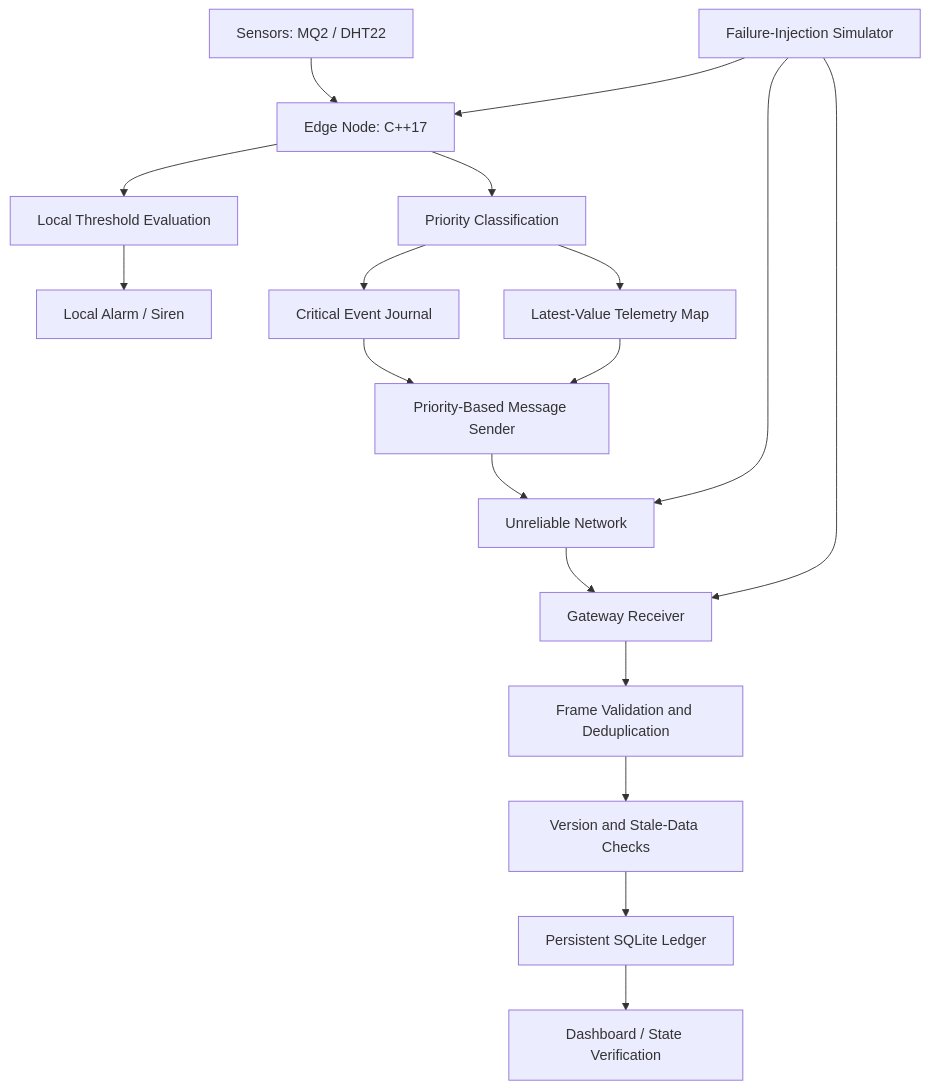
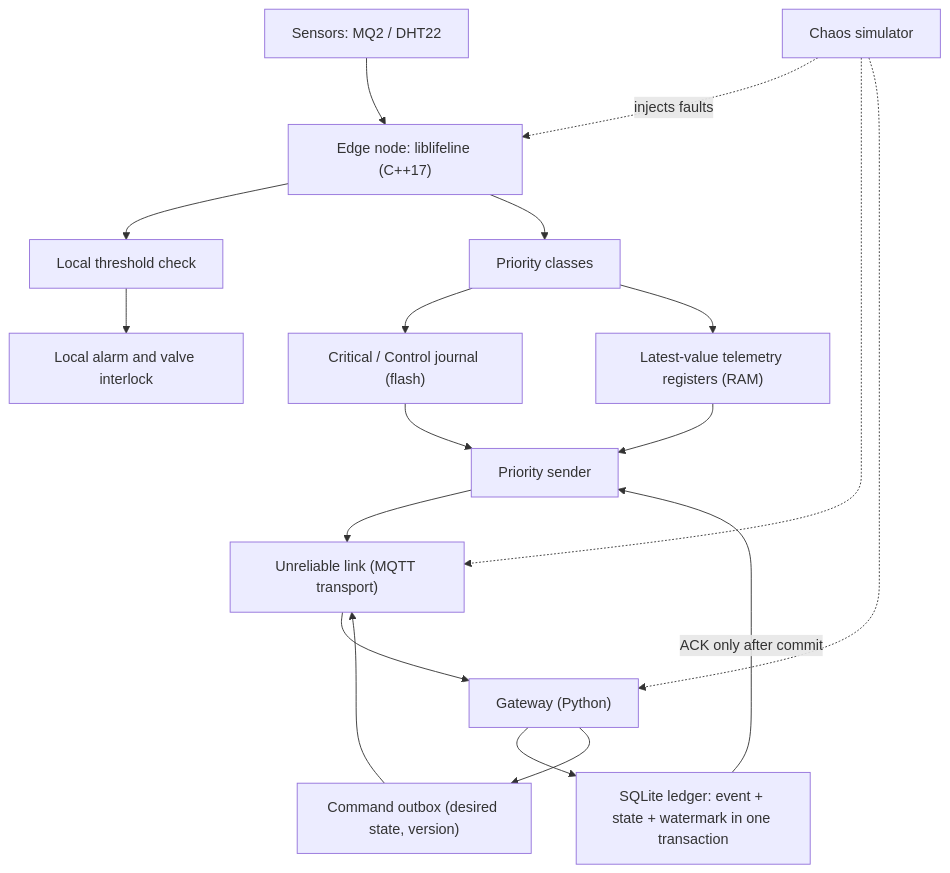
One commit to bala11420/lifeline changed the diagram in README.md. Above: the diagram before and after it, drawn with Mermaid. The commit also changed other lines of this file, not shown here.

````diff
--- a/README.md
+++ b/README.md
@@ -111,20 +47,20 @@
 ```mermaid
 flowchart TD
-    A["Sensors: MQ2 / DHT22"] --> B["Edge Node: C++17"]
-    B --> C["Local Threshold Evaluation"]
-    C --> D["Local Alarm / Siren"]
-    B --> E["Priority Classification"]
-    E --> F["Critical Event Journal"]
-    E --> G["Latest-Value Telemetry Map"]
-    F --> H["Priority-Based Message Sender"]
-    G --> H
-    H --> I["Unreliable Network"]
-    I --> J["Gateway Receiver"]
-    J --> K["Frame Validation and Deduplication"]
-    K --> L["Version and Stale-Data Checks"]
-    L --> M["Persistent SQLite Ledger"]
-    M --> N["Dashboard / State Verification"]
-    O["Failure-Injection Simulator"] --> B
-    O --> I
-    O --> J
+    S["Sensors: MQ2 / DHT22"] --> N["Edge node: liblifeline (C++17)"]
+    N --> L["Local threshold check"]
+    L --> A["Local alarm and valve interlock"]
+    N --> P["Priority classes"]
+    P --> J["Critical / Control journal (flash)"]
+    P --> T["Latest-value telemetry registers (RAM)"]
+    J --> Q["Priority sender"]
+    T --> Q
+    Q --> NET["Unreliable link (MQTT transport)"]
+    NET --> G["Gateway (Python)"]
+    G --> D["SQLite ledger: event + state + watermark in one transaction"]
+    D -->|"ACK only after commit"| Q
+    G --> C["Command outbox (desired state, version)"]
+    C --> NET
+    X["Chaos simulator"] -.->|"injects faults"| N
+    X -.-> NET
+    X -.-> G
 ```
````
